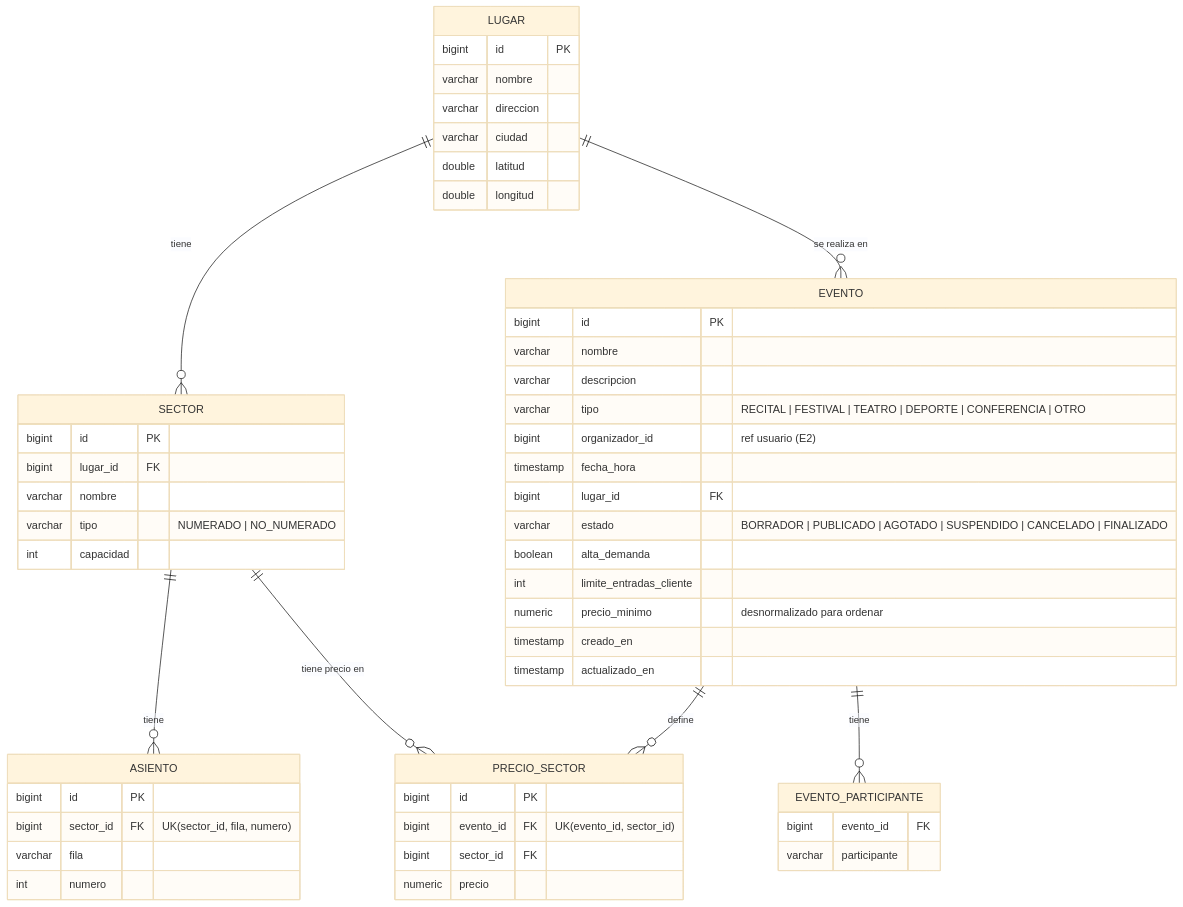
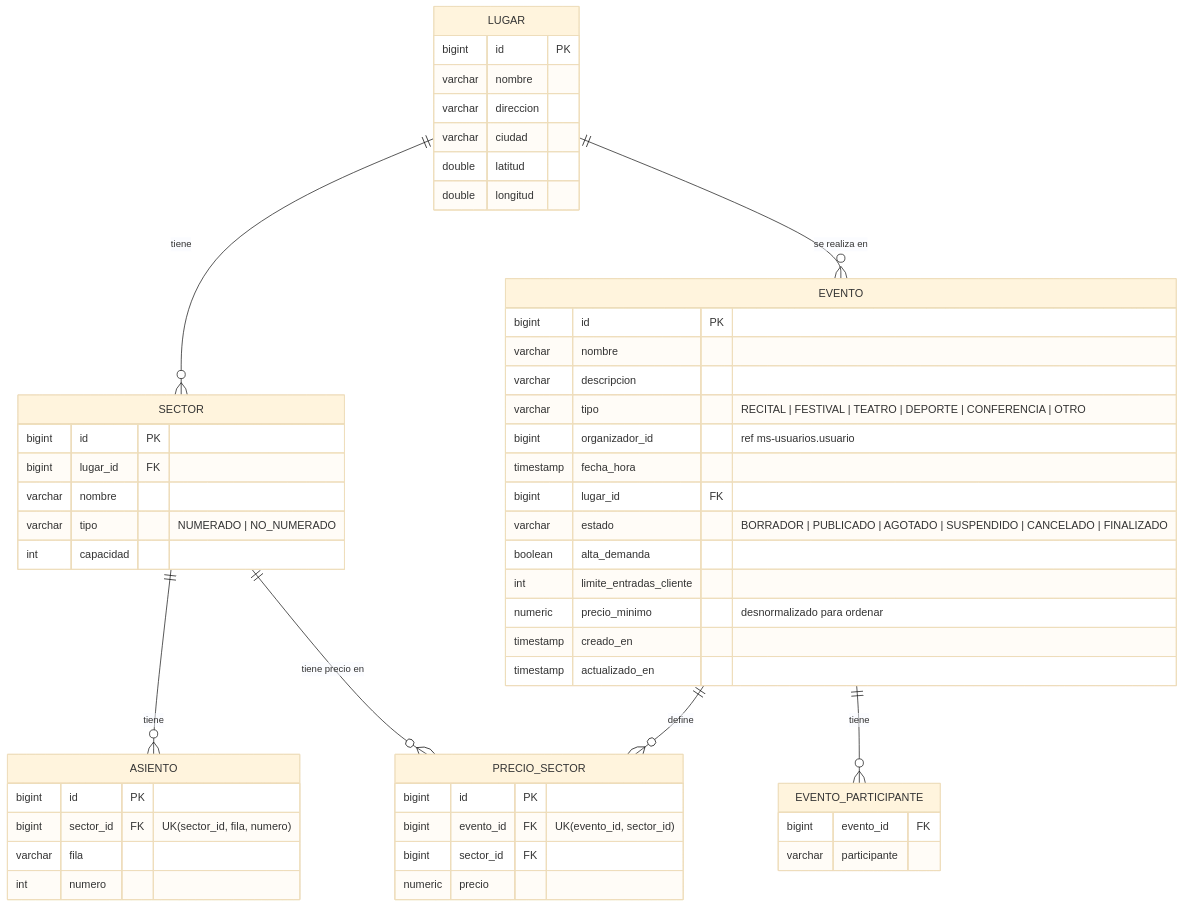
The first of 8 diagrams in docs/03-modelo-de-datos.md (parasuco-santi/Arquitectura-Web), drawn with Mermaid (base theme) before and after one commit. The commit also changed other lines of this file and 6 other files, not shown here.

````diff
--- a/docs/03-modelo-de-datos.md
+++ b/docs/03-modelo-de-datos.md
@@ -14,56 +23,56 @@
 ```mermaid
 erDiagram
     LUGAR ||--o{ SECTOR : tiene
     SECTOR ||--o{ ASIENTO : tiene
     LUGAR ||--o{ EVENTO : "se realiza en"
     EVENTO ||--o{ PRECIO_SECTOR : define
     SECTOR ||--o{ PRECIO_SECTOR : "tiene precio en"
     EVENTO ||--o{ EVENTO_PARTICIPANTE : tiene
 
     LUGAR {
         bigint id PK
         varchar nombre
         varchar direccion
         varchar ciudad
         double latitud
         double longitud
     }
     SECTOR {
         bigint id PK
         bigint lugar_id FK
         varchar nombre
         varchar tipo "NUMERADO | NO_NUMERADO"
         int capacidad
     }
     ASIENTO {
         bigint id PK
         bigint sector_id FK "UK(sector_id, fila, numero)"
         varchar fila
         int numero
     }
     EVENTO {
         bigint id PK
         varchar nombre
         varchar descripcion
         varchar tipo "RECITAL | FESTIVAL | TEATRO | DEPORTE | CONFERENCIA | OTRO"
-        bigint organizador_id "ref usuario (E2)"
+        bigint organizador_id "ref ms-usuarios.usuario"
         timestamp fecha_hora
         bigint lugar_id FK
         varchar estado "BORRADOR | PUBLICADO | AGOTADO | SUSPENDIDO | CANCELADO | FINALIZADO"
         boolean alta_demanda
         int limite_entradas_cliente
         numeric precio_minimo "desnormalizado para ordenar"
         timestamp creado_en
         timestamp actualizado_en
     }
     EVENTO_PARTICIPANTE {
         bigint evento_id FK
         varchar participante
     }
     PRECIO_SECTOR {
         bigint id PK
         bigint evento_id FK "UK(evento_id, sector_id)"
         bigint sector_id FK
         numeric precio
     }
 ```
````
